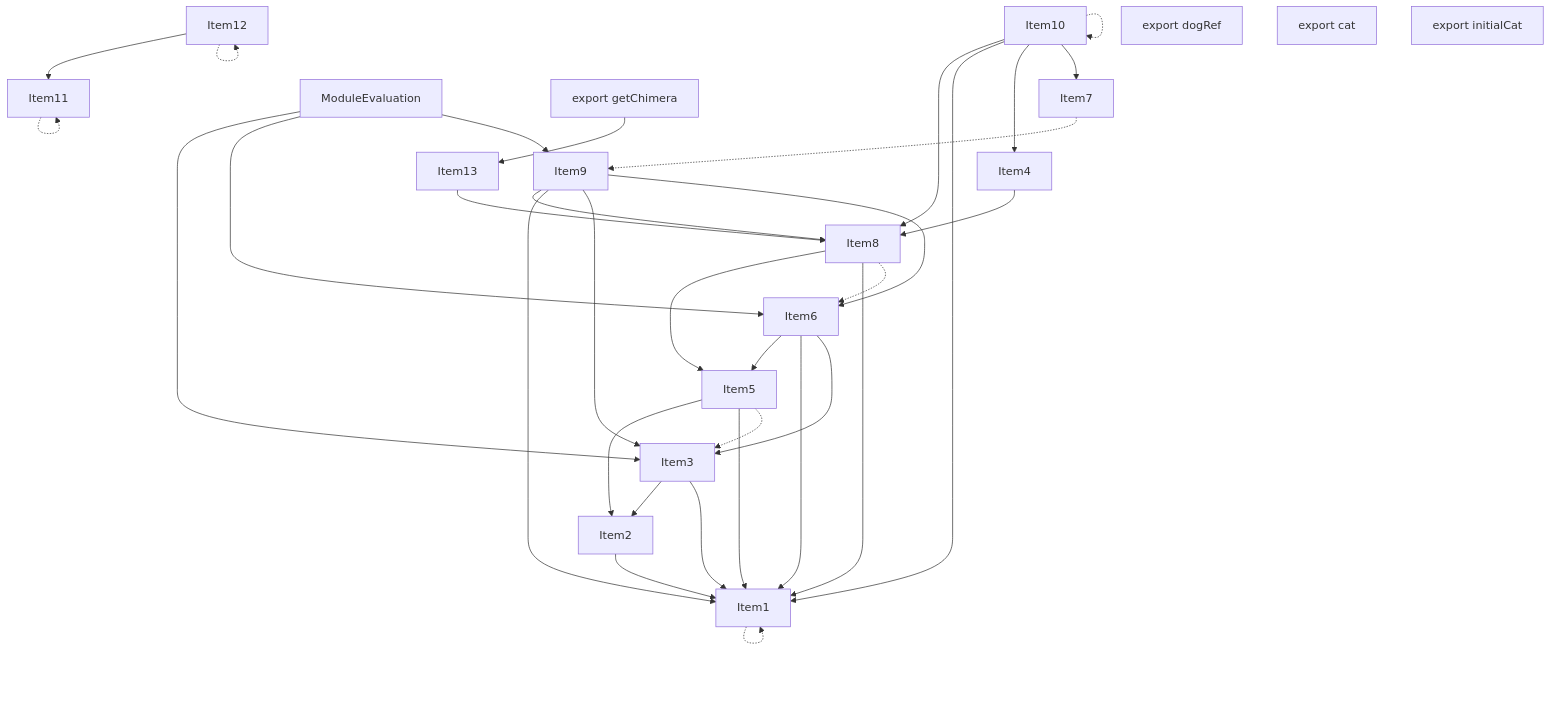
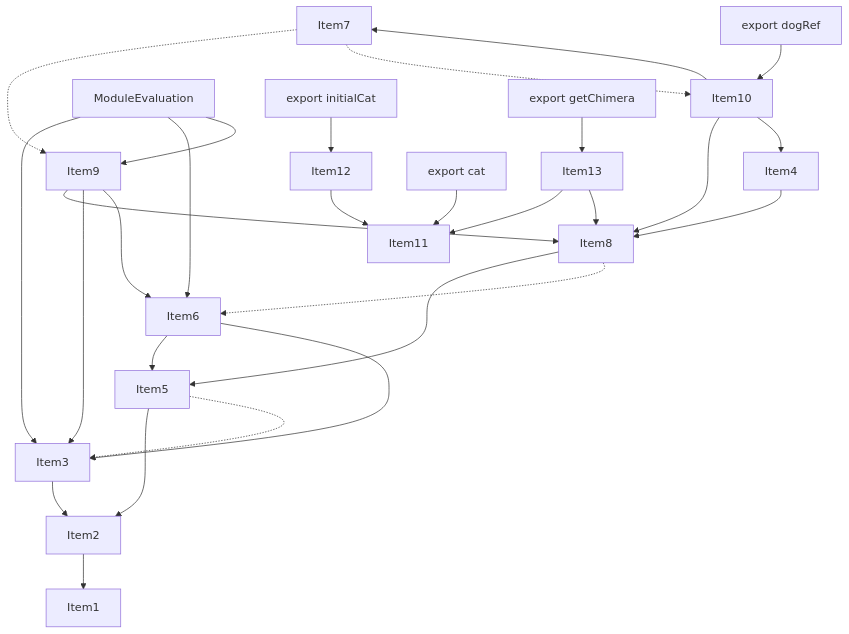
Before and after one commit to vercel/turborepo: the fourth of 5 diagrams in crates/turbopack-ecmascript/tests/tree-shaker/analyzer/complex/output.md, drawn with Mermaid. The commit also changed other lines of this file and 20 other files, not shown here.

````diff
--- a/crates/turbopack-ecmascript/tests/tree-shaker/analyzer/complex/output.md
+++ b/crates/turbopack-ecmascript/tests/tree-shaker/analyzer/complex/output.md
@@ -288,58 +270,53 @@
 ```mermaid
 graph TD
     Item1;
     Item2;
     Item3;
     Item4;
     Item5;
     Item6;
     Item7;
     Item8;
     Item9;
     Item10;
     Item11;
     Item12;
     Item13;
     Item14;
     Item14["ModuleEvaluation"];
     Item15;
     Item15["export dogRef"];
     Item16;
     Item16["export cat"];
     Item17;
     Item17["export initialCat"];
     Item18;
     Item18["export getChimera"];
-    Item1 -.-> Item1;
     Item2 --> Item1;
     Item3 --> Item2;
-    Item3 --> Item1;
     Item5 --> Item2;
-    Item5 --> Item1;
     Item5 -.-> Item3;
     Item6 --> Item5;
-    Item6 --> Item1;
     Item6 --> Item3;
     Item8 --> Item5;
-    Item8 --> Item1;
     Item8 -.-> Item6;
     Item9 --> Item8;
-    Item9 --> Item1;
     Item9 --> Item3;
     Item9 --> Item6;
     Item10 --> Item8;
-    Item10 --> Item1;
     Item10 --> Item4;
     Item10 --> Item7;
-    Item10 -.-> Item10;
-    Item11 -.-> Item11;
     Item12 --> Item11;
-    Item12 -.-> Item12;
     Item4 --> Item8;
     Item7 -.-> Item9;
+    Item7 -.-> Item10;
+    Item13 --> Item11;
     Item13 --> Item8;
     Item14 --> Item3;
     Item14 --> Item6;
     Item14 --> Item9;
+    Item15 --> Item10;
+    Item16 --> Item11;
+    Item17 --> Item12;
     Item18 --> Item13;
 ```
````
